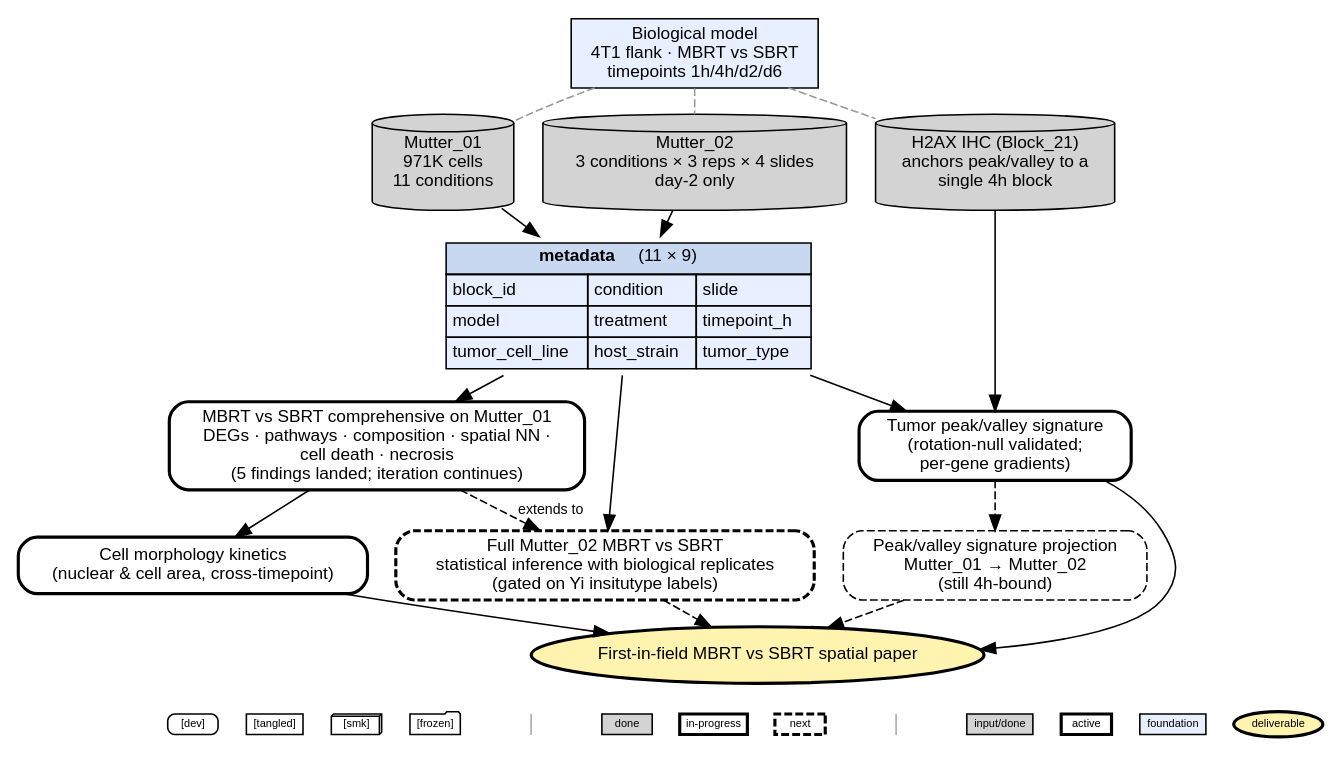
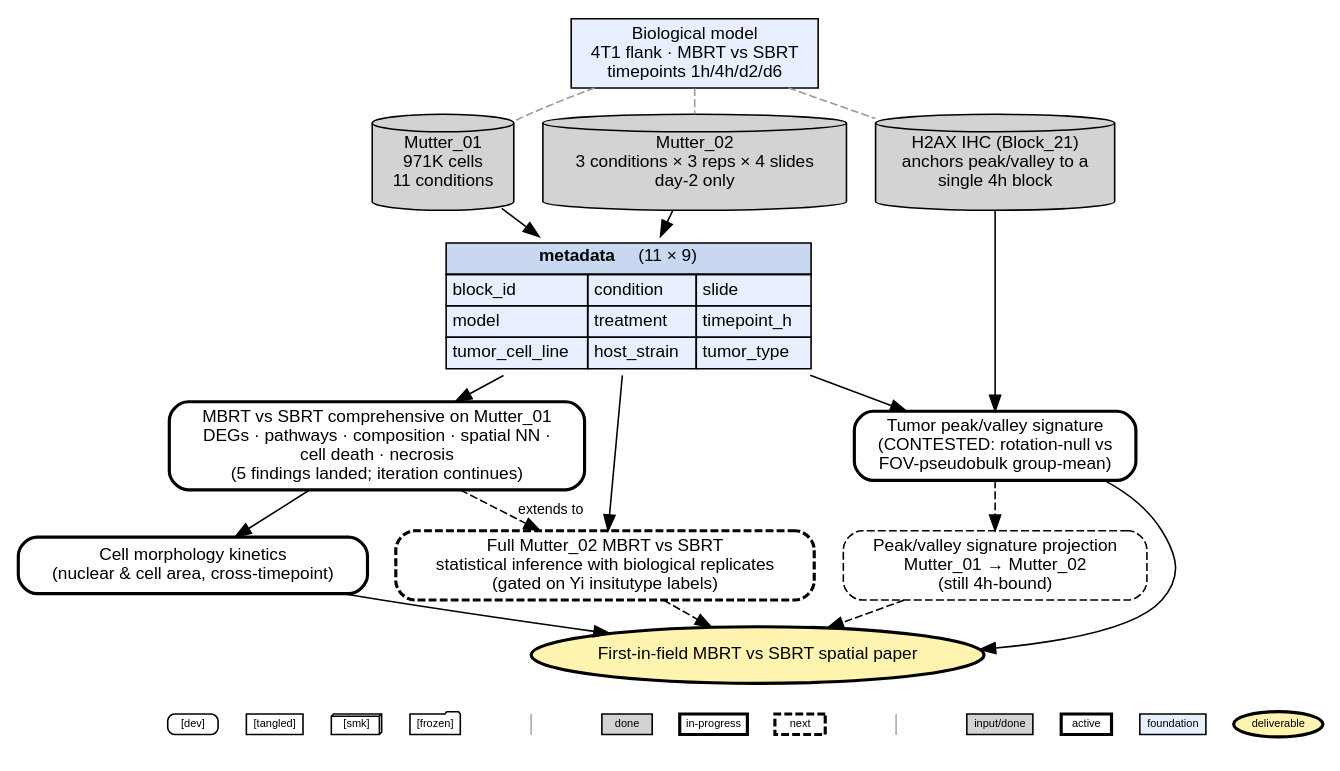
The diagram in spatial-rads.org (jeszyman/spatial-rads), drawn with Graphviz before and after one commit. The commit also changed other lines of this file and 7 other files, not shown here.

```diff
--- a/spatial-rads.org
+++ b/spatial-rads.org
@@ -119,7 +153,7 @@
   m02_full      [label="Full Mutter_02 MBRT vs SBRT\nstatistical inference with biological replicates\n(gated on Yi insitutype labels)", shape=box, style="rounded,dashed,bold"];
 
   // --- RIGHT STREAM: peak/valley (focused, 4h-bound), all [dev] = rounded ---
-  tumor_sig     [label="Tumor peak/valley signature\n(rotation-null validated;\nper-gene gradients)", shape=box, style="filled,rounded,bold", fillcolor=white];
+  tumor_sig     [label="Tumor peak/valley signature\n(CONTESTED: rotation-null vs\nFOV-pseudobulk group-mean)", shape=box, style="filled,rounded,bold", fillcolor=white];
   sig_project   [label="Peak/valley signature projection\nMutter_01 → Mutter_02\n(still 4h-bound)", shape=box, style="rounded,dashed"];
 
   // --- DELIVERABLE ---
```
